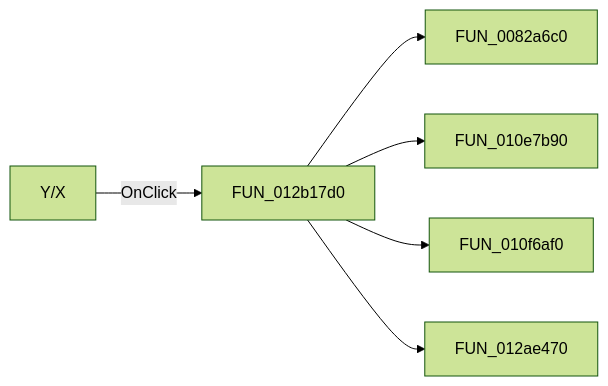
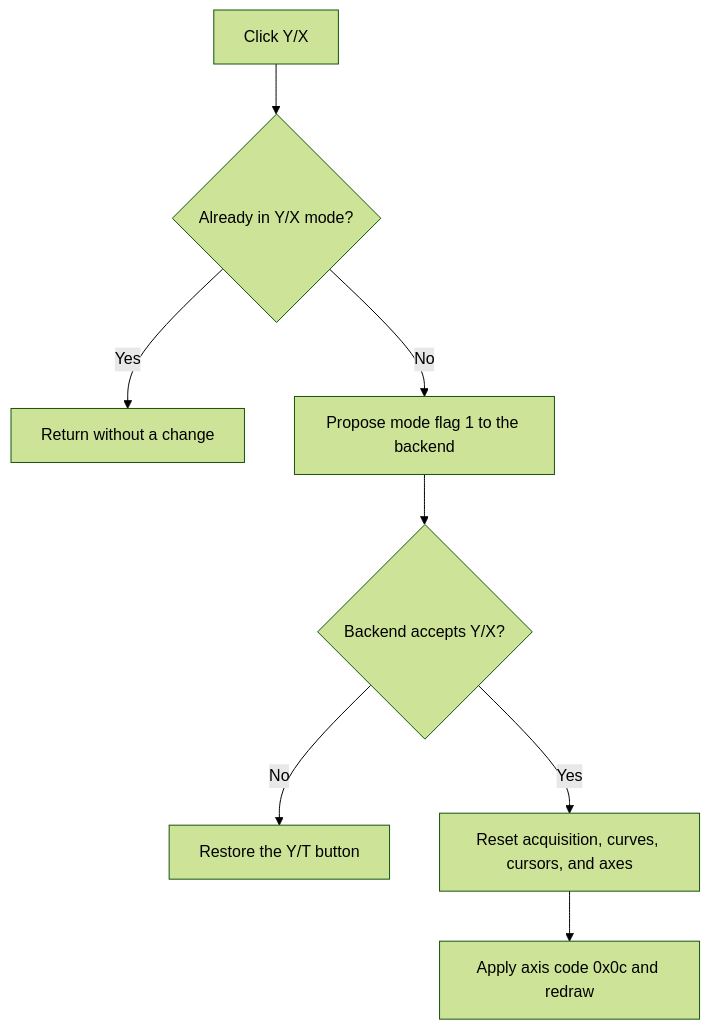
One commit to MovGP0/TIARA changed the diagram in docs/ui-controls/scopewin/xyspeedbtn-6ab99eace9.md. Above: the diagram before and after it, drawn with Mermaid (forest theme). The commit also changed other lines of this file and 1062 other files, not shown here.

````diff
--- a/docs/ui-controls/scopewin/xyspeedbtn-6ab99eace9.md
+++ b/docs/ui-controls/scopewin/xyspeedbtn-6ab99eace9.md
@@ -27,8 +29,10 @@
 ```mermaid
-flowchart LR
-    control["Y/X"] -->|OnClick| handler["FUN_012b17d0"]
-    handler --> call1["FUN_0082a6c0"]
-    handler --> call2["FUN_010e7b90"]
-    handler --> call3["FUN_010f6af0"]
-    handler --> call4["FUN_012ae470"]
+flowchart TD
+    control["Click Y/X"] --> current{"Already in Y/X mode?"}
+    current -->|Yes| noAction["Return without a change"]
+    current -->|No| propose["Propose mode flag 1 to the backend"]
+    propose --> accepted{"Backend accepts Y/X?"}
+    accepted -->|No| restore["Restore the Y/T button"]
+    accepted -->|Yes| reset["Reset acquisition, curves, cursors, and axes"]
+    reset --> redraw["Apply axis code 0x0c and redraw"]
 ```
````
